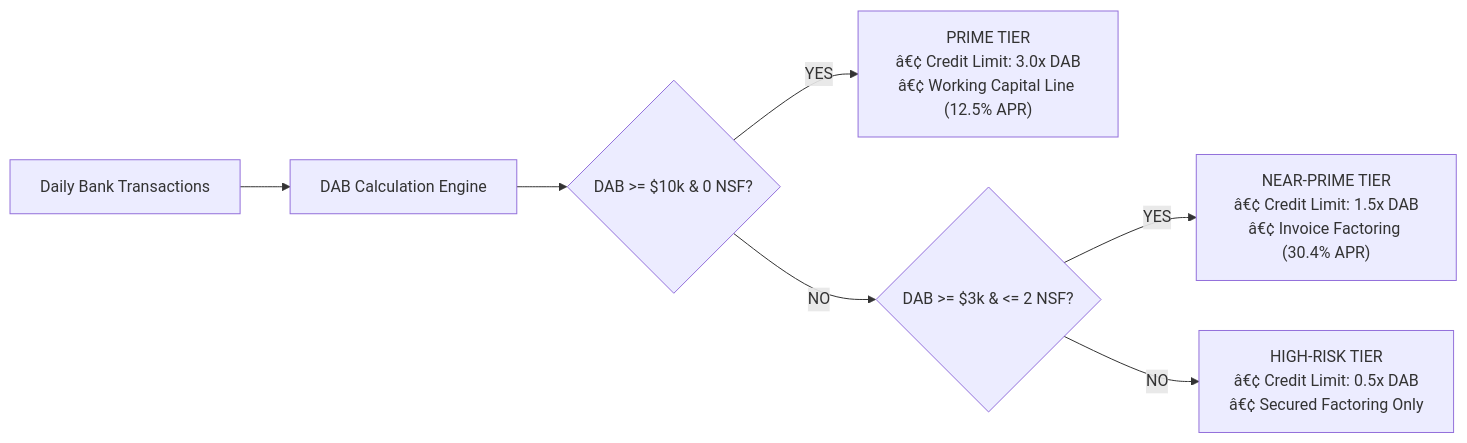
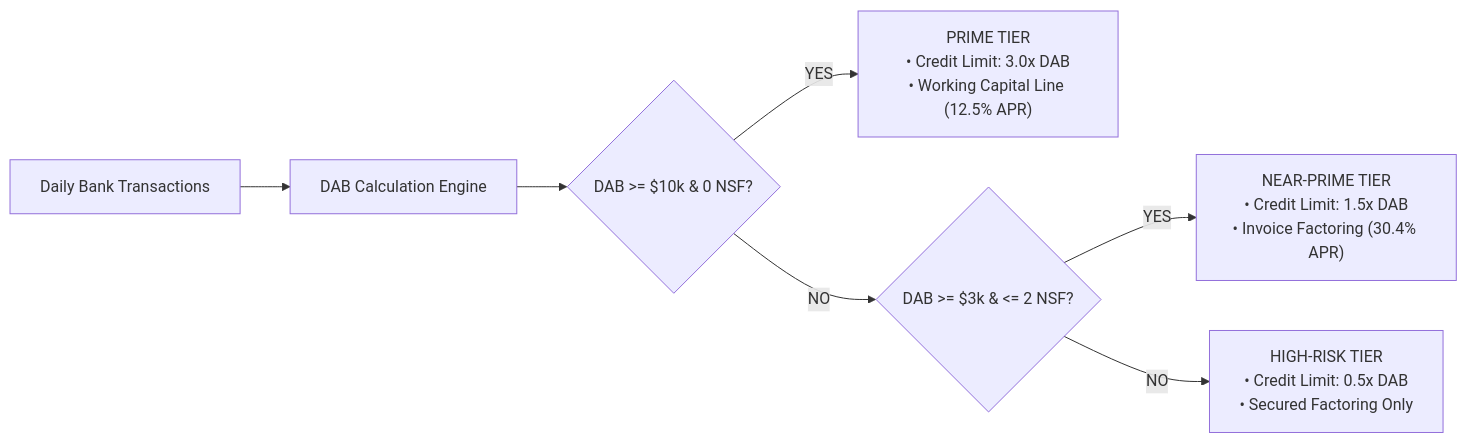
One commit to SamJU25/CashPilot changed the third of 4 diagrams in docs/SME_Finance_Copilot_Complete_Architecture_and_Beginner_Guide.md. Above: the diagram before and after it, drawn with Mermaid. The commit also changed other lines of this file and 1 other file, not shown here.

````diff
--- a/docs/SME_Finance_Copilot_Complete_Architecture_and_Beginner_Guide.md
+++ b/docs/SME_Finance_Copilot_Complete_Architecture_and_Beginner_Guide.md
@@ -213,9 +213,9 @@
 ```mermaid
 flowchart LR
     CSV["Daily Bank Transactions"] --> Calc["DAB Calculation Engine"]
     Calc --> Eval{"DAB >= $10k & 0 NSF?"}
-    Eval -->|YES| Prime["PRIME TIER<br>â€¢ Credit Limit: 3.0x DAB<br>â€¢ Working Capital Line (12.5% APR)"]
+    Eval -->|YES| Prime["PRIME TIER<br>• Credit Limit: 3.0x DAB<br>• Working Capital Line (12.5% APR)"]
     Eval -->|NO| Near{"DAB >= $3k & <= 2 NSF?"}
-    Near -->|YES| NearPrime["NEAR-PRIME TIER<br>â€¢ Credit Limit: 1.5x DAB<br>â€¢ Invoice Factoring (30.4% APR)"]
-    Near -->|NO| HighRisk["HIGH-RISK TIER<br>â€¢ Credit Limit: 0.5x DAB<br>â€¢ Secured Factoring Only"]
+    Near -->|YES| NearPrime["NEAR-PRIME TIER<br>• Credit Limit: 1.5x DAB<br>• Invoice Factoring (30.4% APR)"]
+    Near -->|NO| HighRisk["HIGH-RISK TIER<br>• Credit Limit: 0.5x DAB<br>• Secured Factoring Only"]
 ```
````
